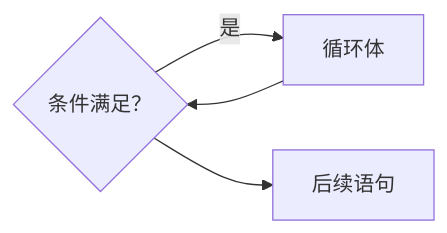
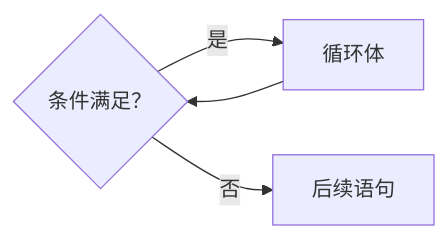
The diagram in 4.1/README.md (henan-wq/learn_c), drawn with Mermaid before and after one commit. The commit also changed other lines of this file, not shown here.

````diff
--- a/4.1/README.md
+++ b/4.1/README.md
@@ -209,6 +209,6 @@
 ```mermaid
 graph LR
 a{"条件满足？"} --> |是|b[循环体]
 b --> a
-a --> c[后续语句]
+a --> |否|c[后续语句]
 ```
````
